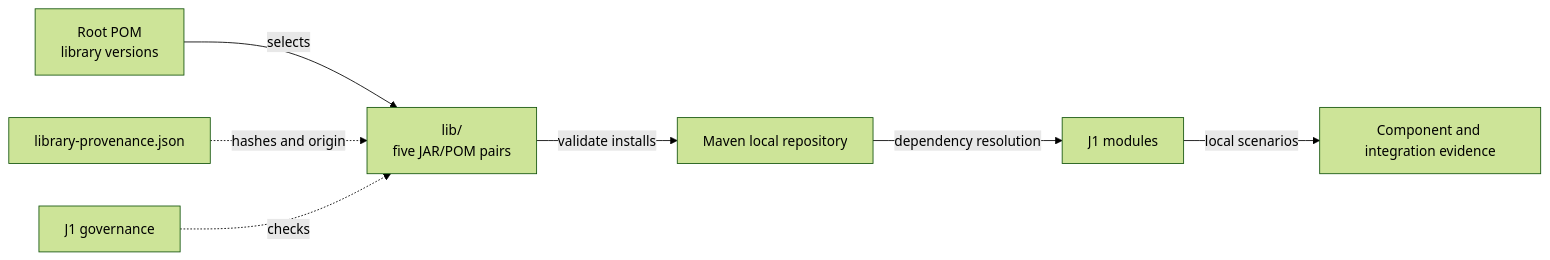
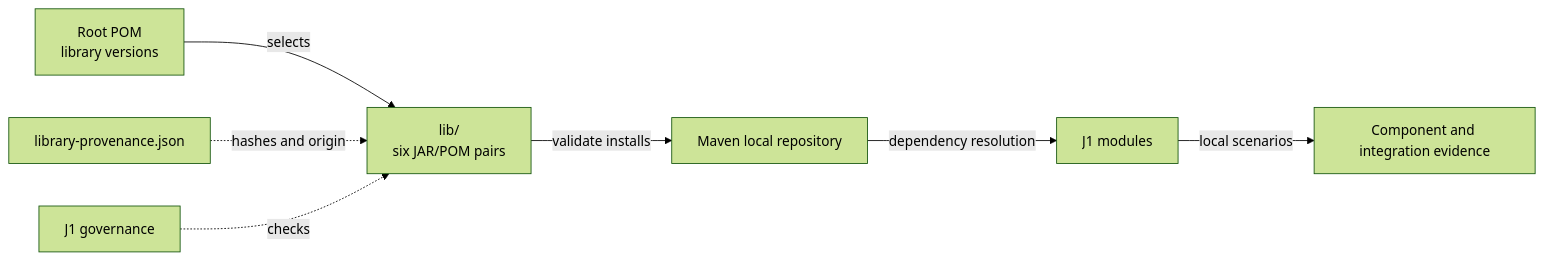
Before and after one commit to crististefanita/atf_j1: the diagram in docs/ATF_Platform_Libraries.md, drawn with Mermaid (forest theme). The commit also changed other lines of this file and 58 other files, not shown here.

```diff
--- a/docs/ATF_Platform_Libraries.md
+++ b/docs/ATF_Platform_Libraries.md
@@ -32,9 +33,9 @@
 ~~~mermaid
 flowchart LR
-    Coordinates["Root POM<br/>library versions"] -->|selects| Pair["lib/<br/>five JAR/POM pairs"]
+    Coordinates["Root POM<br/>library versions"] -->|selects| Pair["lib/<br/>six JAR/POM pairs"]
     Pair -->|validate installs| Maven["Maven local repository"]
     Maven -->|dependency resolution| Consumer["J1 modules"]
     Consumer -->|local scenarios| Acceptance["Component and integration evidence"]
     Provenance["library-provenance.json"] -. hashes and origin .-> Pair
     Governance["J1 governance"] -. checks .-> Pair
 ~~~
```
